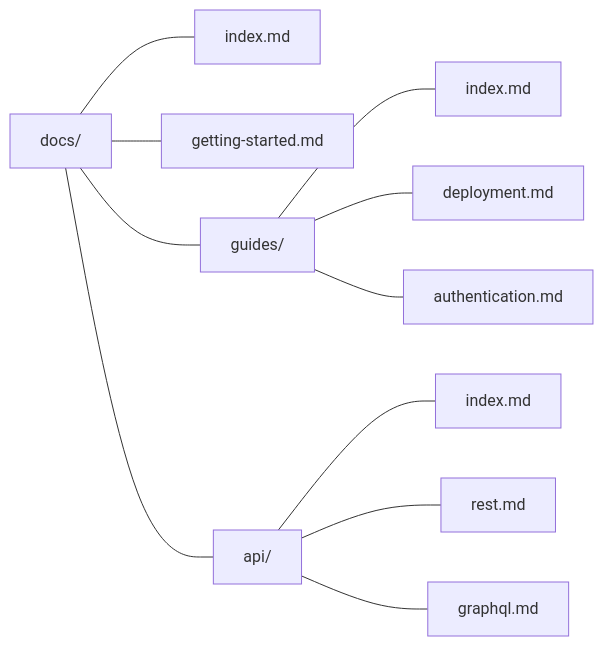
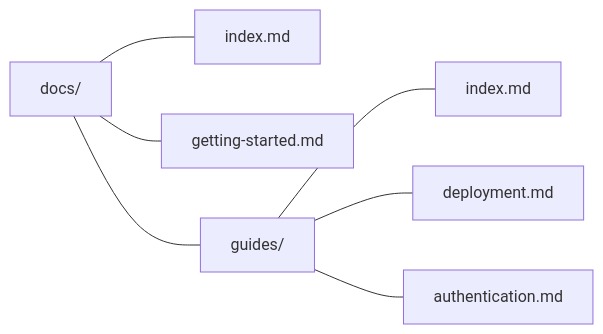
One commit to mattlenz/kb changed the diagram in docs/concepts.md. Above: the diagram before and after it, drawn with Mermaid. The commit also changed other lines of this file and 2 other files, not shown here.

````diff
--- a/docs/concepts.md
+++ b/docs/concepts.md
@@ -22,14 +30,10 @@
 ```mermaid
 graph LR
   docs["docs/"]
   docs --- index.md
   docs --- getting-started.md
   docs --- guides["guides/"]
   guides --- gi["index.md"]
   guides --- deployment.md
   guides --- authentication.md
-  docs --- api["api/"]
-  api --- ai["index.md"]
-  api --- rest.md
-  api --- graphql.md
 ```
````
